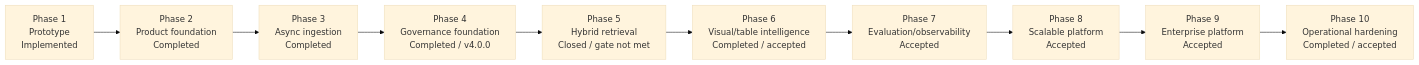
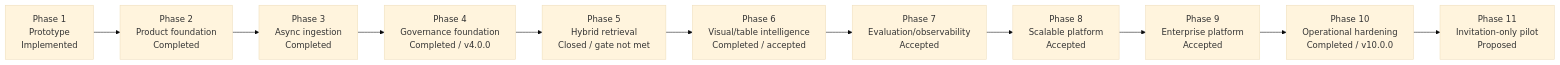
Before and after one commit to mvyas412/ai-projects: the second of 13 diagrams in mm-rag-full-stack-genai-bootcamp-3.0/docs/architecture/ARCHITECTURE.md, drawn with Mermaid (base theme). The commit also changed other lines of this file and 10 other files, not shown here.

Commit message:
docs(mm-rag): propose Phase 11 pilot decisions

````diff
--- a/mm-rag-full-stack-genai-bootcamp-3.0/docs/architecture/ARCHITECTURE.md
+++ b/mm-rag-full-stack-genai-bootcamp-3.0/docs/architecture/ARCHITECTURE.md
@@ -186,13 +186,14 @@
 ```mermaid
 flowchart LR
     p1["Phase 1<br/>Prototype<br/>Implemented"] -->
     p2["Phase 2<br/>Product foundation<br/>Completed"] -->
     p3["Phase 3<br/>Async ingestion<br/>Completed"] -->
     p4["Phase 4<br/>Governance foundation<br/>Completed / v4.0.0"] -->
     p5["Phase 5<br/>Hybrid retrieval<br/>Closed / gate not met"] -->
     p6["Phase 6<br/>Visual/table intelligence<br/>Completed / accepted"] -->
     p7["Phase 7<br/>Evaluation/observability<br/>Accepted"] -->
     p8["Phase 8<br/>Scalable platform<br/>Accepted"] -->
     p9["Phase 9<br/>Enterprise platform<br/>Accepted"] -->
-    p10["Phase 10<br/>Operational hardening<br/>Completed / accepted"]
+    p10["Phase 10<br/>Operational hardening<br/>Completed / v10.0.0"] -->
+    p11["Phase 11<br/>Invitation-only pilot<br/>Proposed"]
 ```
````
